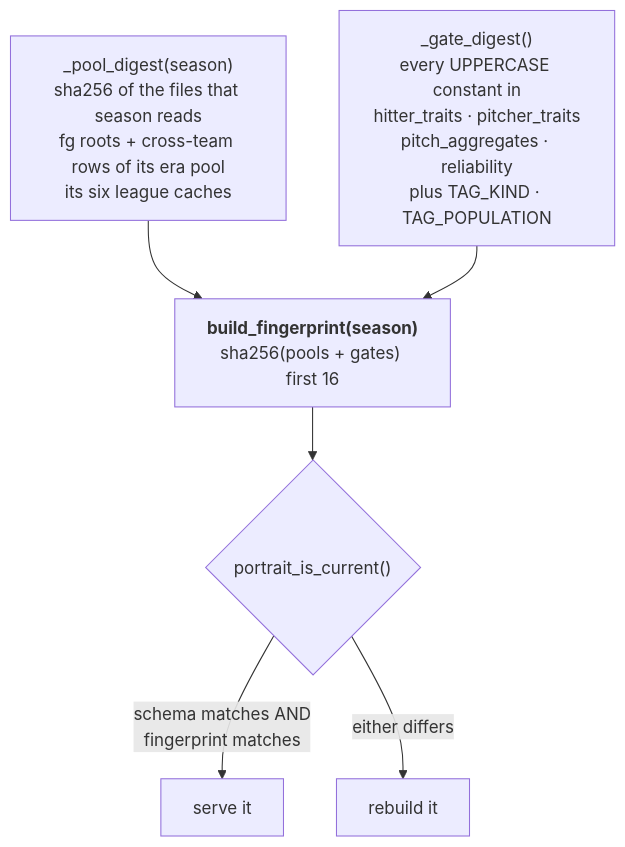
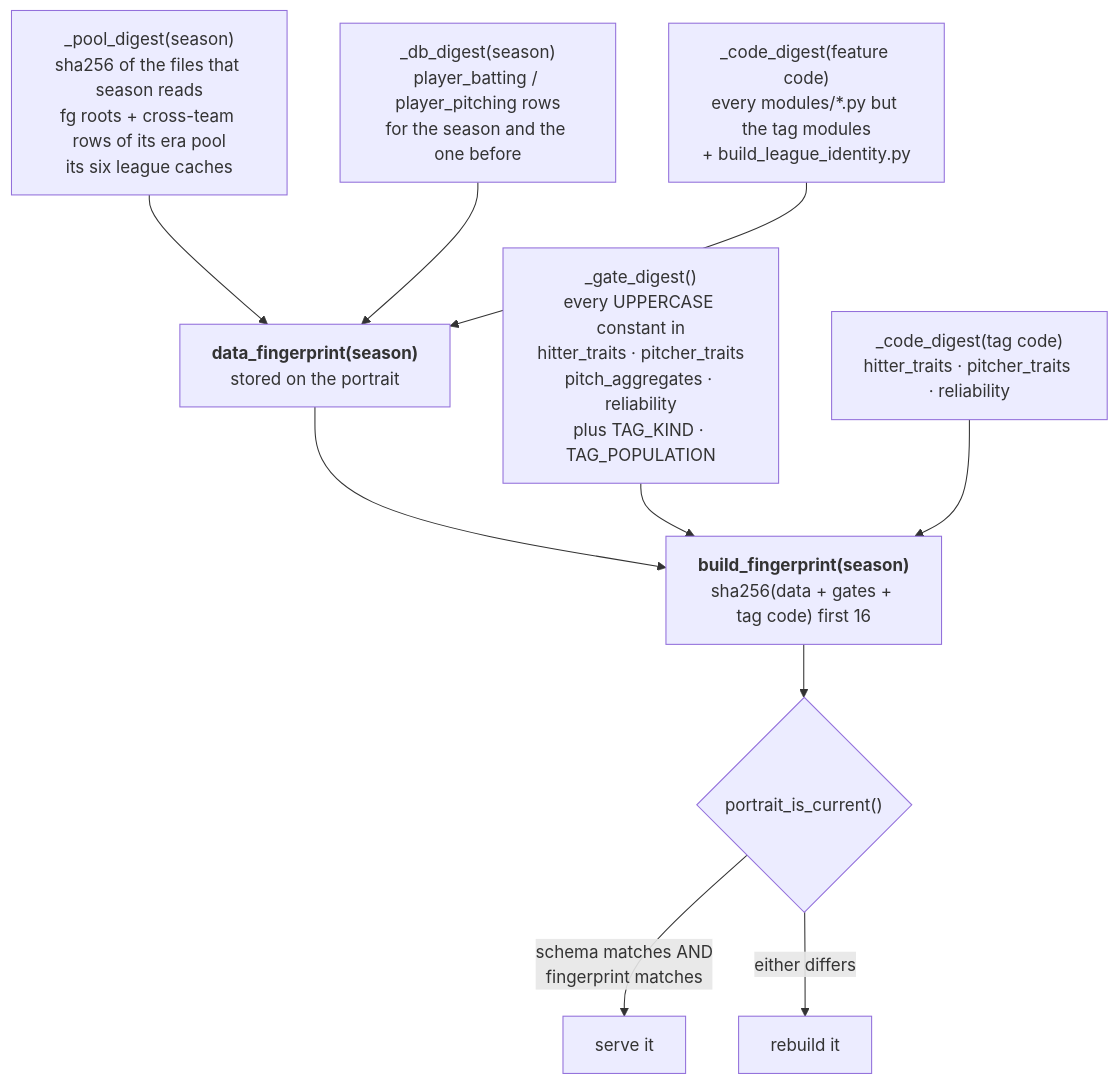
Before and after one commit to SebastianAbarca/baseball-analytics: the third of 7 diagrams in docs/ARCHITECTURE.md, drawn with Mermaid. The commit also changed other lines of this file and 5 other files, not shown here.

````diff
--- a/docs/ARCHITECTURE.md
+++ b/docs/ARCHITECTURE.md
@@ -109,15 +109,23 @@
 ```mermaid
 flowchart TD
     P1["_pool_digest(season)<br/>sha256 of the files that season reads<br/>fg roots + cross-team rows of its era pool<br/>its six league caches"]
+    P3["_db_digest(season)<br/>player_batting / player_pitching rows<br/>for the season and the one before"]
+    P4["_code_digest(feature code)<br/>every modules/*.py but the tag modules<br/>+ build_league_identity.py"]
+    DF["<b>data_fingerprint(season)</b><br/>stored on the portrait"]
     P2["_gate_digest()<br/>every UPPERCASE constant in<br/>hitter_traits · pitcher_traits<br/>pitch_aggregates · reliability<br/>plus TAG_KIND · TAG_POPULATION"]
-    FP["<b>build_fingerprint(season)</b><br/>sha256(pools + gates) first 16"]
+    P5["_code_digest(tag code)<br/>hitter_traits · pitcher_traits · reliability"]
+    FP["<b>build_fingerprint(season)</b><br/>sha256(data + gates + tag code) first 16"]
     Q{"portrait_is_current()"}
     SERVE["serve it"]
     BUILD["rebuild it"]
 
-    P1 --> FP
+    P1 --> DF
+    P3 --> DF
+    P4 --> DF
+    DF --> FP
     P2 --> FP
+    P5 --> FP
     FP --> Q
     Q -->|"schema matches AND<br/>fingerprint matches"| SERVE
     Q -->|"either differs"| BUILD
 ```
````
